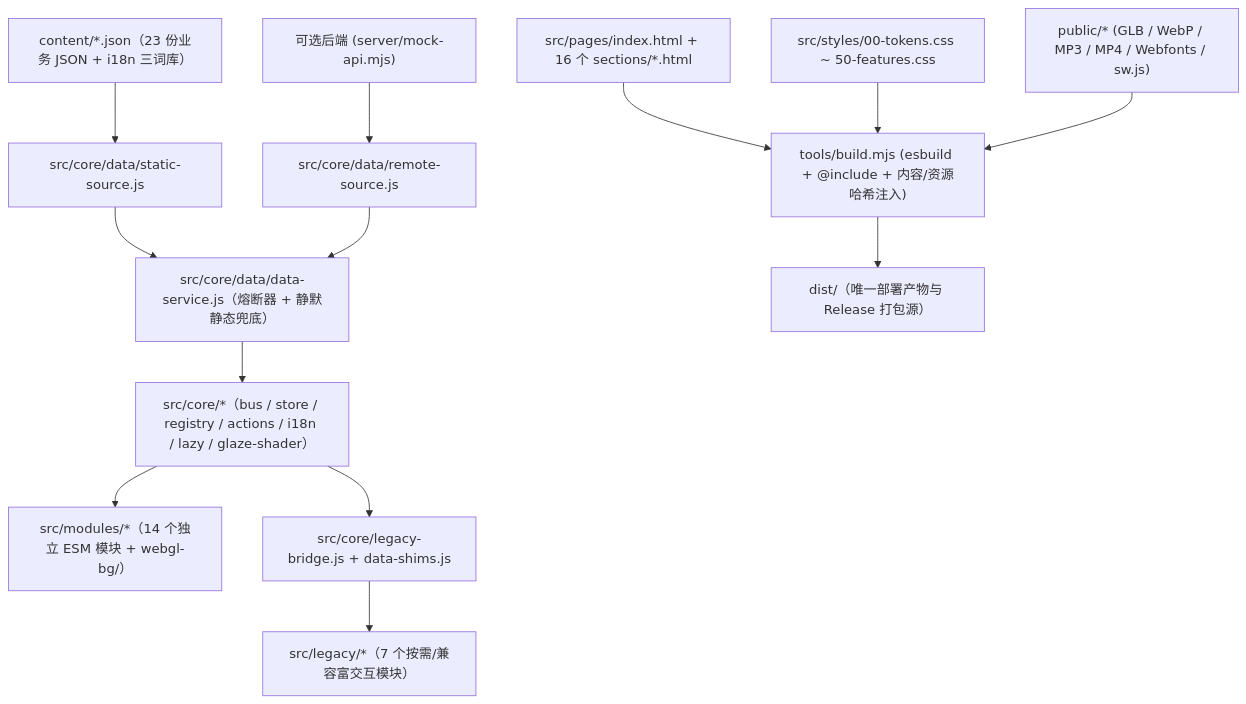
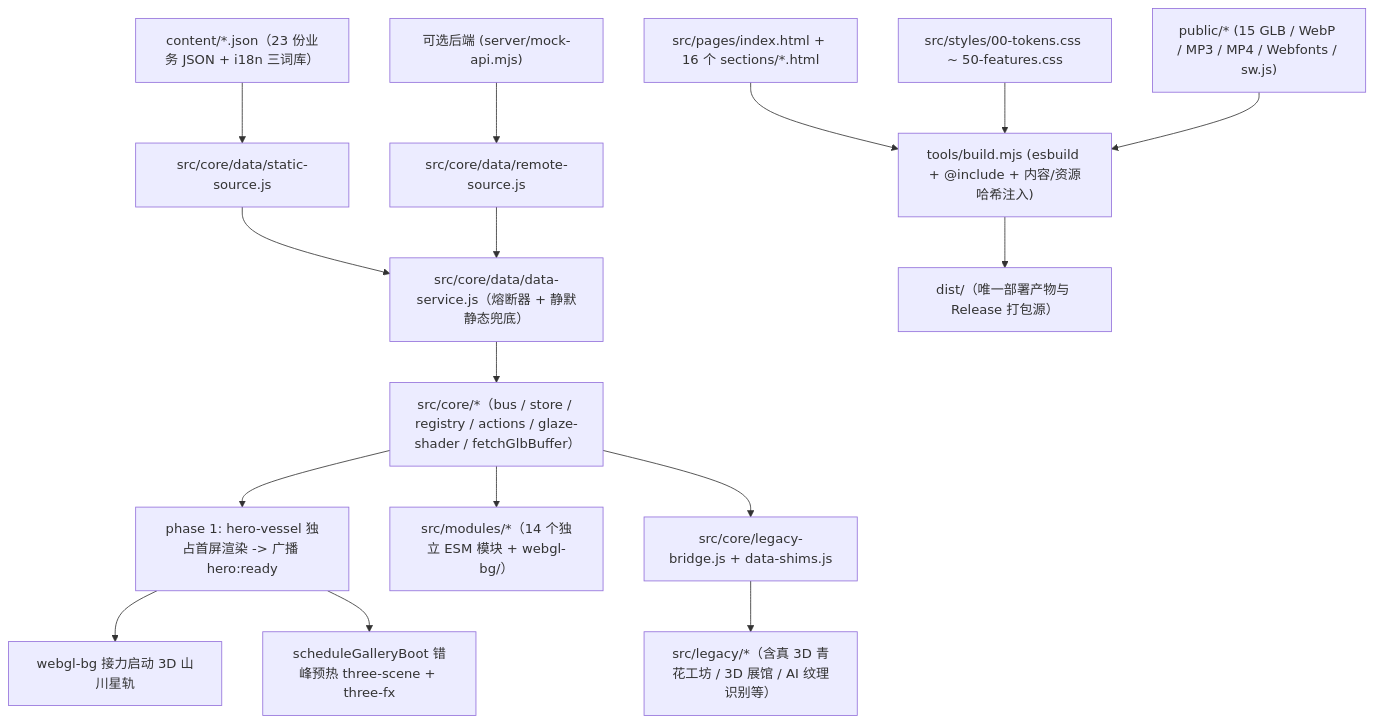
One commit to SherlockYzz/Memories-of-Chinese-Porcelain-Web changed the diagram in README.md. Above: the diagram before and after it, drawn with Mermaid. The commit also changed other lines of this file and 27 other files, not shown here.

````diff
--- a/README.md
+++ b/README.md
@@ -88,15 +91,18 @@
 ```mermaid
 flowchart TD
     Content["content/*.json（23 份业务 JSON + i18n 三词库）"] --> StaticSource["src/core/data/static-source.js"]
     OptionalAPI["可选后端 (server/mock-api.mjs)"] --> RemoteSource["src/core/data/remote-source.js"]
     StaticSource --> DataService["src/core/data/data-service.js（熔断器 + 静默静态兜底）"]
     RemoteSource --> DataService
-    DataService --> Core["src/core/*（bus / store / registry / actions / i18n / lazy / glaze-shader）"]
+    DataService --> Core["src/core/*（bus / store / registry / actions / glaze-shader / fetchGlbBuffer）"]
+    Core --> Hero["phase 1: hero-vessel 独占首屏渲染 -> 广播 hero:ready"]
+    Hero --> Bg["webgl-bg 接力启动 3D 山川星轨"]
+    Hero --> Gallery["scheduleGalleryBoot 错峰预热 three-scene + three-fx"]
     Core --> Modules["src/modules/*（14 个独立 ESM 模块 + webgl-bg/）"]
     Core --> LegacyBridge["src/core/legacy-bridge.js + data-shims.js"]
-    LegacyBridge --> Legacy["src/legacy/*（7 个按需/兼容富交互模块）"]
+    LegacyBridge --> Legacy["src/legacy/*（含真 3D 青花工坊 / 3D 展馆 / AI 纹理识别等）"]
     HTML["src/pages/index.html + 16 个 sections/*.html"] --> Build["tools/build.mjs (esbuild + @include + 内容/资源哈希注入)"]
     Styles["src/styles/00-tokens.css ~ 50-features.css"] --> Build
-    Public["public/* (GLB / WebP / MP3 / MP4 / Webfonts / sw.js)"] --> Build
+    Public["public/* (15 GLB / WebP / MP3 / MP4 / Webfonts / sw.js)"] --> Build
     Build --> Dist["dist/（唯一部署产物与 Release 打包源）"]
 ```
````
